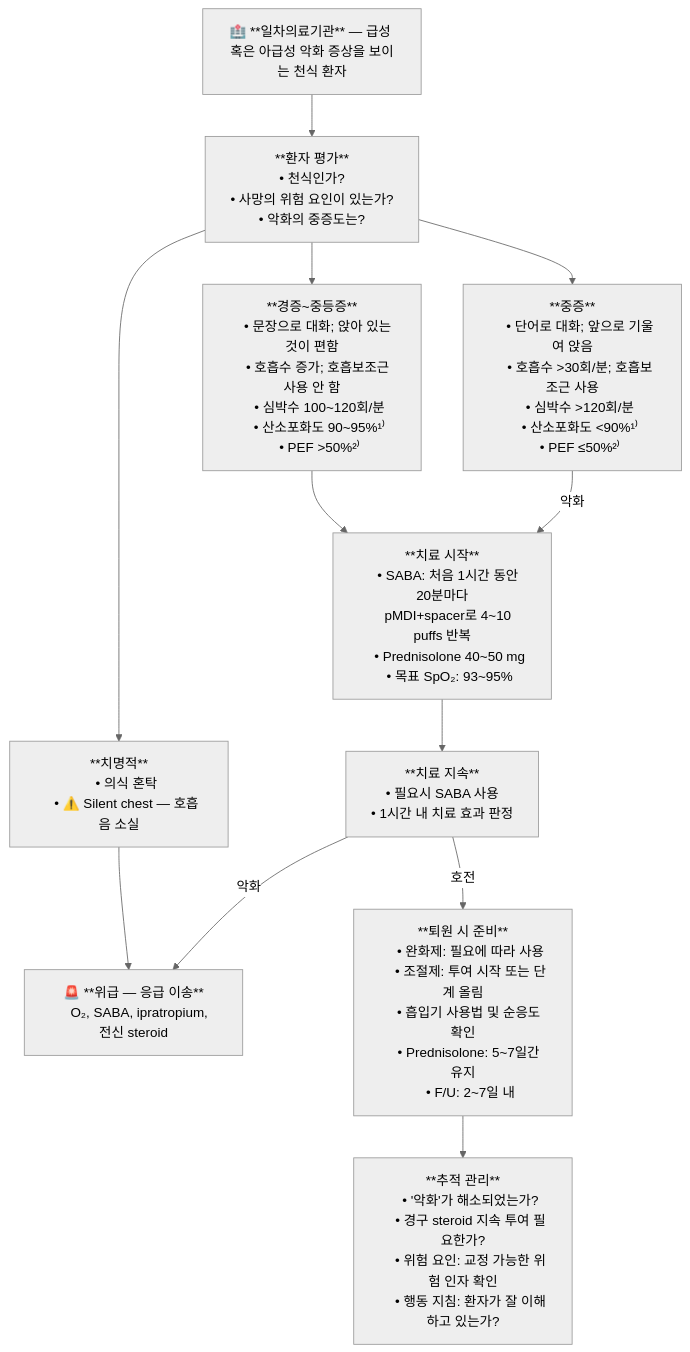
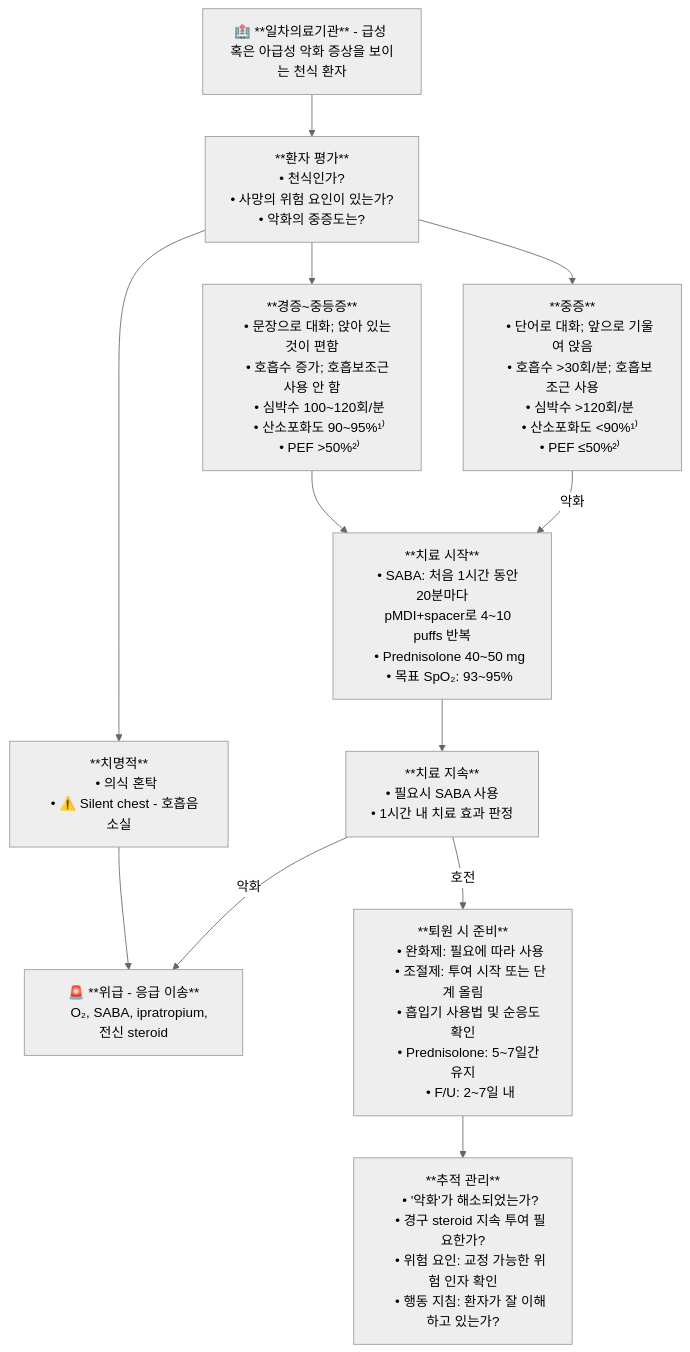
Before and after one commit to familyoh77/familyoh77: the second of 3 diagrams in 223_/071_-asthma.md, drawn with Mermaid (neutral theme). The commit also changed other lines of this file, not shown here.

````diff
--- a/223_/071_-asthma.md
+++ b/223_/071_-asthma.md
@@ -781,56 +781,56 @@
 ```mermaid
 flowchart TD
-    A["🏥 **일차의료기관** — 급성 혹은 아급성 악화 증상을 보이는 천식 환자"]
+    A["🏥 **일차의료기관** - 급성 혹은 아급성 악화 증상을 보이는 천식 환자"]
     --> B["**환자 평가**
     • 천식인가?
     • 사망의 위험 요인이 있는가?
     • 악화의 중증도는?"]
 
     B --> C["**경증~중등증**
     • 문장으로 대화; 앉아 있는 것이 편함
     • 호흡수 증가; 호흡보조근 사용 안 함
     • 심박수 100~120회/분
     • 산소포화도 90~95%¹⁾
     • PEF >50%²⁾"]
 
     B --> D["**중증**
     • 단어로 대화; 앞으로 기울여 앉음
     • 호흡수 >30회/분; 호흡보조근 사용
     • 심박수 >120회/분
     • 산소포화도 <90%¹⁾
     • PEF ≤50%²⁾"]
 
     B --> E["**치명적**
     • 의식 혼탁
-    • ⚠️ Silent chest — 호흡음 소실"]
+    • ⚠️ Silent chest - 호흡음 소실"]
 
-    E --> F["🚨 **위급 — 응급 이송**
+    E --> F["🚨 **위급 - 응급 이송**
     O₂, SABA, ipratropium, 전신 steroid"]
 
     C --> H["**치료 시작**
     • SABA: 처음 1시간 동안 20분마다
     pMDI+spacer로 4~10 puffs 반복
     • Prednisolone 40~50 mg
     • 목표 SpO₂: 93~95%"]
 
     D -->|악화| H
 
     H --> I["**치료 지속**
     • 필요시 SABA 사용
     • 1시간 내 치료 효과 판정"]
 
     I -->|악화| F
 
     I -->|호전| K["**퇴원 시 준비**
     • 완화제: 필요에 따라 사용
     • 조절제: 투여 시작 또는 단계 올림
     • 흡입기 사용법 및 순응도 확인
     • Prednisolone: 5~7일간 유지
     • F/U: 2~7일 내"]
 
     K --> L["**추적 관리**
     • '악화'가 해소되었는가?
     • 경구 steroid 지속 투여 필요한가?
     • 위험 요인: 교정 가능한 위험 인자 확인
     • 행동 지침: 환자가 잘 이해하고 있는가?"]
 ```
````
